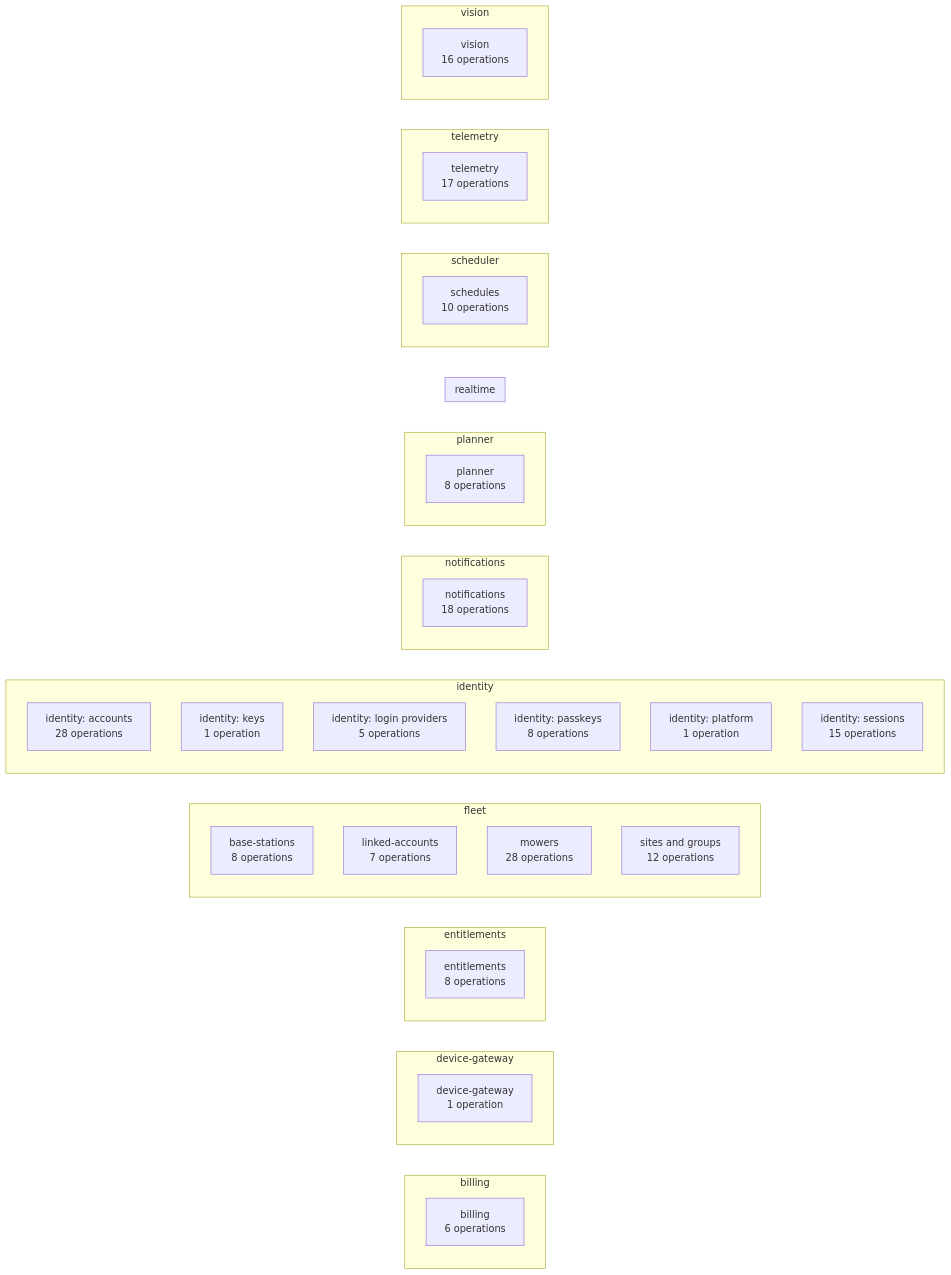
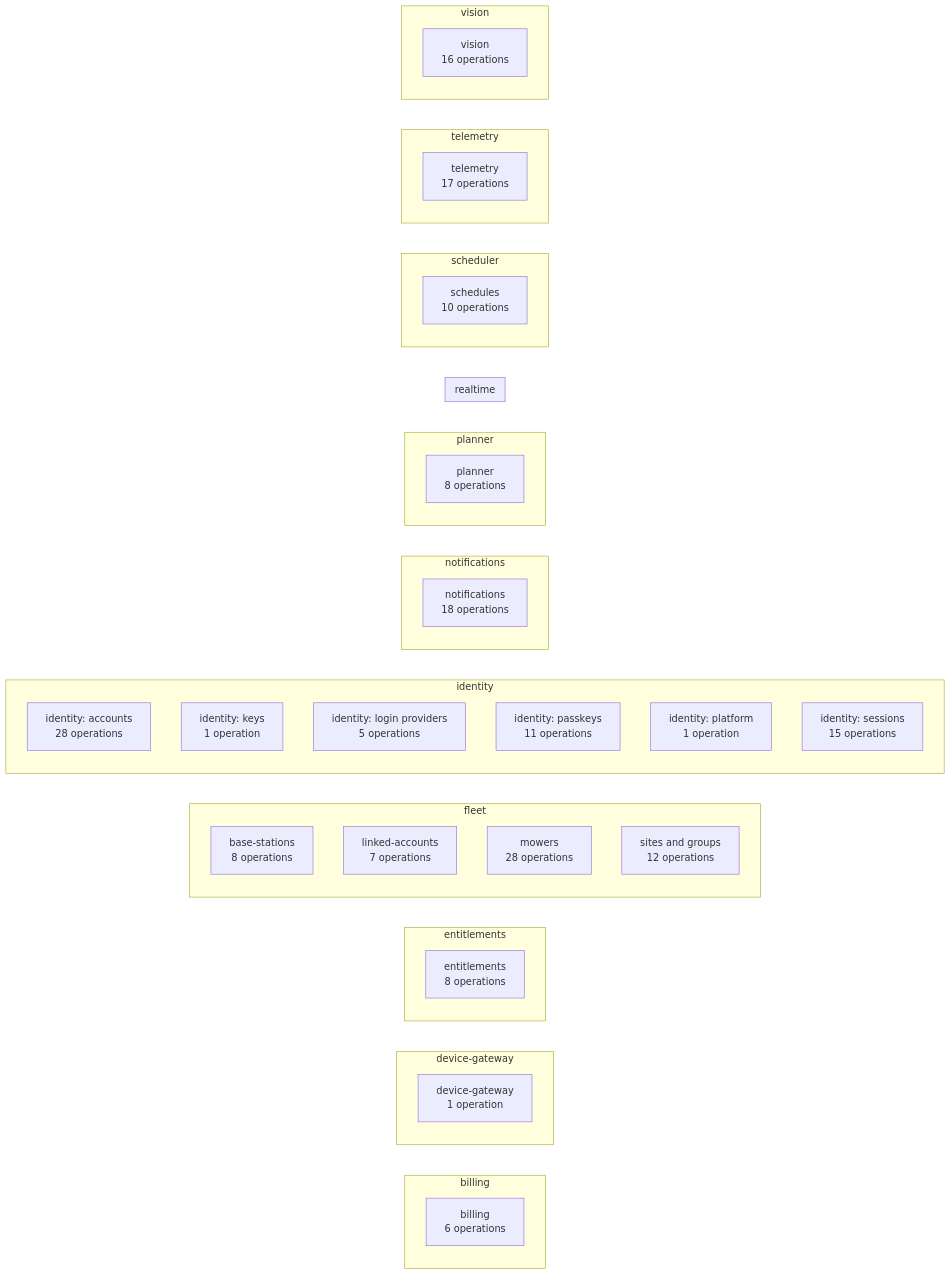
Diagram 14 of 15 in docs/architecture/generated.md (lukislp/mowdeck), drawn with Mermaid before and after one commit. The commit also changed other lines of this file and 50 other files, not shown here.

````diff
--- a/docs/architecture/generated.md
+++ b/docs/architecture/generated.md
@@ -424,54 +424,54 @@
 ```mermaid
 flowchart LR
   subgraph billing["billing"]
     direction TB
     billing_billing["billing<br/>6 operations"]
   end
   subgraph device_gateway["device-gateway"]
     direction TB
     device_gateway_device_gateway["device-gateway<br/>1 operation"]
   end
   subgraph entitlements["entitlements"]
     direction TB
     entitlements_entitlements["entitlements<br/>8 operations"]
   end
   subgraph fleet["fleet"]
     direction TB
     fleet_base_stations["base-stations<br/>8 operations"]
     fleet_linked_accounts["linked-accounts<br/>7 operations"]
     fleet_mowers["mowers<br/>28 operations"]
     fleet_sites_and_groups["sites and groups<br/>12 operations"]
   end
   subgraph identity["identity"]
     direction TB
     identity_identity__accounts["identity: accounts<br/>28 operations"]
     identity_identity__keys["identity: keys<br/>1 operation"]
     identity_identity__login_providers["identity: login providers<br/>5 operations"]
-    identity_identity__passkeys["identity: passkeys<br/>8 operations"]
+    identity_identity__passkeys["identity: passkeys<br/>11 operations"]
     identity_identity__platform["identity: platform<br/>1 operation"]
     identity_identity__sessions["identity: sessions<br/>15 operations"]
   end
   subgraph notifications["notifications"]
     direction TB
     notifications_notifications["notifications<br/>18 operations"]
   end
   subgraph planner["planner"]
     direction TB
     planner_planner["planner<br/>8 operations"]
   end
   subgraph realtime["realtime"]
     direction TB
   end
   subgraph scheduler["scheduler"]
     direction TB
     scheduler_schedules["schedules<br/>10 operations"]
   end
   subgraph telemetry["telemetry"]
     direction TB
     telemetry_telemetry["telemetry<br/>17 operations"]
   end
   subgraph vision["vision"]
     direction TB
     vision_vision["vision<br/>16 operations"]
   end
 ```
````
